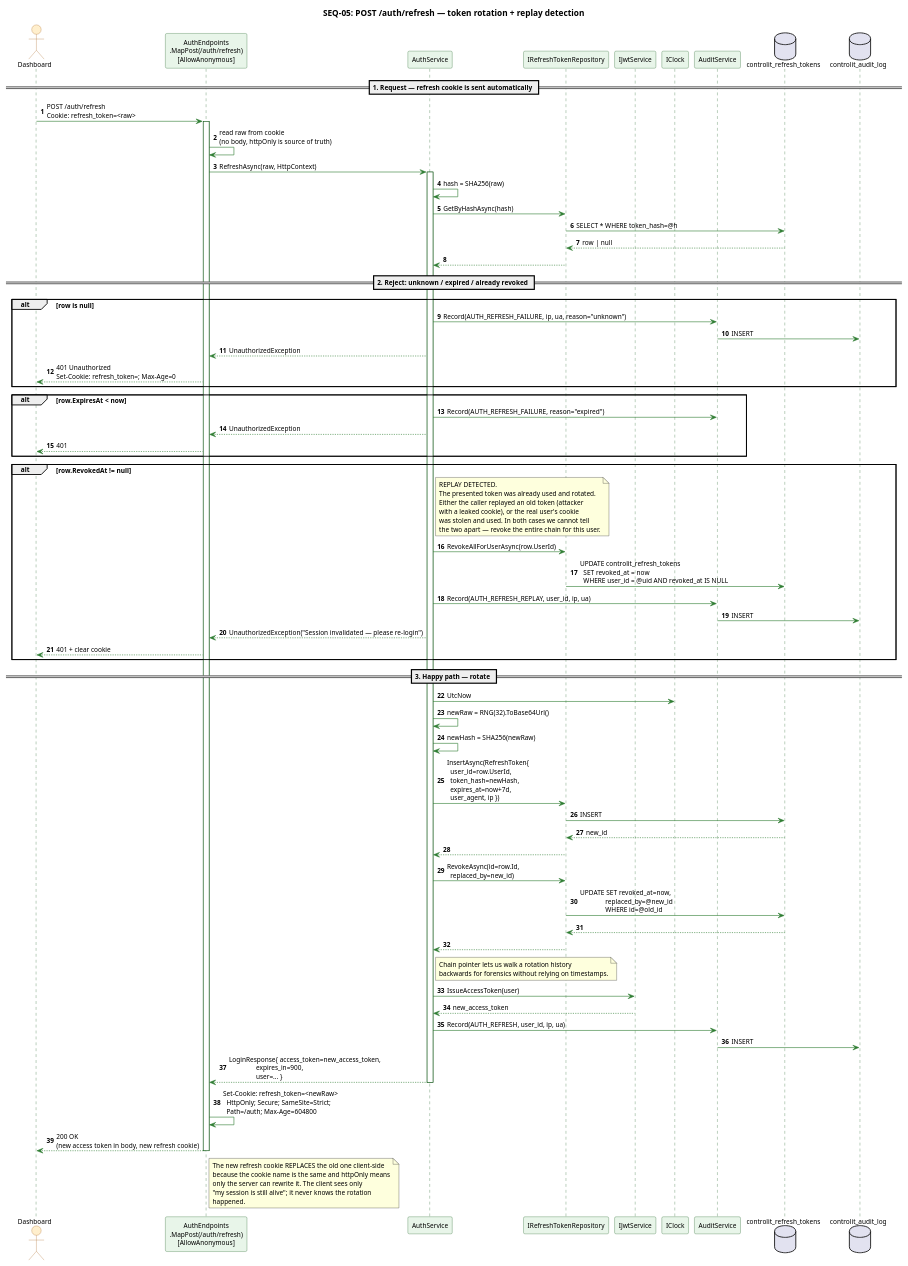
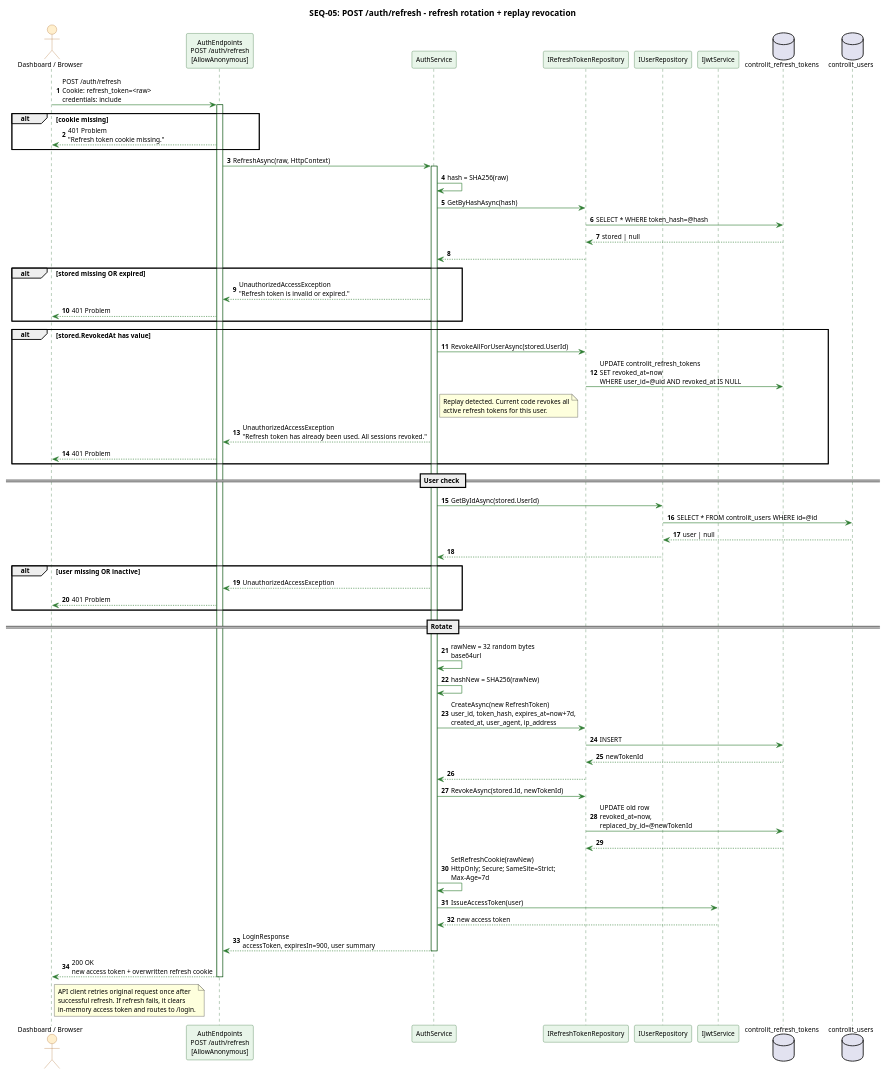
Before and after one commit to mahir-m01/NetLock-RMM-API-Layer: the diagram in diagrams/seq-05-refresh-rotation.puml, drawn with PlantUML. The commit also changed 13 other files, not shown here.

Commit message:
docs: update architecture diagrams for alpha

```diff
--- a/diagrams/seq-05-refresh-rotation.puml
+++ b/diagrams/seq-05-refresh-rotation.puml
@@ -1,127 +1,104 @@
 @startuml seq-05-refresh-rotation
 ' ============================================================
-' SEQ-05: POST /auth/refresh — rotation + replay-chain revocation
-' Scope : Contract 05B §5B.3 refresh flow.
-' Key  : On success, issue NEW refresh, mark OLD.replaced_by = NEW.
-'        On replay (old presented after rotation), revoke the
-'        whole chain for that user as a precaution.
+' SEQ-05: POST /auth/refresh - current alpha rotation flow
 ' ============================================================
 
-title SEQ-05: POST /auth/refresh — token rotation + replay detection
+title SEQ-05: POST /auth/refresh - refresh rotation + replay revocation
 
 autonumber
 
 skinparam shadowing false
 skinparam defaultFontName Arial
 skinparam defaultFontSize 11
-
 skinparam sequence {
   ArrowColor #2E7D32
   LifeLineBorderColor #1B5E20
   ParticipantBackgroundColor #E8F5E9
   ParticipantBorderColor #1B5E20
   ActorBackgroundColor #FFEFCD
   ActorBorderColor #AA6622
   NoteBackgroundColor #FFFDE7
   NoteBorderColor #AA8800
 }
 
-actor "Dashboard" as Dashboard
-participant "AuthEndpoints\n.MapPost(/auth/refresh)\n[AllowAnonymous]" as AE
+actor "Dashboard / Browser" as Dashboard
+participant "AuthEndpoints\nPOST /auth/refresh\n[AllowAnonymous]" as AE
 participant "AuthService" as Auth
 participant "IRefreshTokenRepository" as RT
+participant "IUserRepository" as Users
 participant "IJwtService" as JWT
-participant "IClock" as Clock
-participant "AuditService" as Audit
-database  "controlit_refresh_tokens" as RTDB
-database  "controlit_audit_log" as ADB
+database "controlit_refresh_tokens" as RTDB
+database "controlit_users" as UDB
 
-== 1. Request — refresh cookie is sent automatically ==
-
-Dashboard -> AE: POST /auth/refresh\nCookie: refresh_token=<raw>
+Dashboard -> AE: POST /auth/refresh\nCookie: refresh_token=<raw>\ncredentials: include
 activate AE
 
-AE -> AE: read raw from cookie\n(no body, httpOnly is source of truth)
+alt cookie missing
+  AE --> Dashboard: 401 Problem\n"Refresh token cookie missing."
+end
+
 AE -> Auth: RefreshAsync(raw, HttpContext)
 activate Auth
-
 Auth -> Auth: hash = SHA256(raw)
 Auth -> RT: GetByHashAsync(hash)
-RT -> RTDB: SELECT * WHERE token_hash=@h
-RTDB --> RT: row | null
+RT -> RTDB: SELECT * WHERE token_hash=@hash
+RTDB --> RT: stored | null
 RT --> Auth
 
-== 2. Reject: unknown / expired / already revoked ==
-
-alt row is null
-  Auth -> Audit: Record(AUTH_REFRESH_FAILURE, ip, ua, reason="unknown")
-  Audit -> ADB: INSERT
-  Auth --> AE: UnauthorizedException
-  AE --> Dashboard: 401 Unauthorized\nSet-Cookie: refresh_token=; Max-Age=0
+alt stored missing OR expired
+  Auth --> AE: UnauthorizedAccessException\n"Refresh token is invalid or expired."
+  AE --> Dashboard: 401 Problem
 end
 
-alt row.ExpiresAt < now
-  Auth -> Audit: Record(AUTH_REFRESH_FAILURE, reason="expired")
-  Auth --> AE: UnauthorizedException
-  AE --> Dashboard: 401
+alt stored.RevokedAt has value
+  Auth -> RT: RevokeAllForUserAsync(stored.UserId)
+  RT -> RTDB: UPDATE controlit_refresh_tokens\nSET revoked_at=now\nWHERE user_id=@uid AND revoked_at IS NULL
+  note right of Auth
+    Replay detected. Current code revokes all
+    active refresh tokens for this user.
+  end note
+  Auth --> AE: UnauthorizedAccessException\n"Refresh token has already been used. All sessions revoked."
+  AE --> Dashboard: 401 Problem
 end
 
-alt row.RevokedAt != null
-  note right of Auth
-    REPLAY DETECTED.
-    The presented token was already used and rotated.
-    Either the caller replayed an old token (attacker
-    with a leaked cookie), or the real user's cookie
-    was stolen and used. In both cases we cannot tell
-    the two apart — revoke the entire chain for this user.
-  end note
-  Auth -> RT: RevokeAllForUserAsync(row.UserId)
-  RT -> RTDB: UPDATE controlit_refresh_tokens\n  SET revoked_at = now\n  WHERE user_id = @uid AND revoked_at IS NULL
-  Auth -> Audit: Record(AUTH_REFRESH_REPLAY, user_id, ip, ua)
-  Audit -> ADB: INSERT
-  Auth --> AE: UnauthorizedException("Session invalidated — please re-login")
-  AE --> Dashboard: 401 + clear cookie
+== User check ==
+
+Auth -> Users: GetByIdAsync(stored.UserId)
+Users -> UDB: SELECT * FROM controlit_users WHERE id=@id
+UDB --> Users: user | null
+Users --> Auth
+
+alt user missing OR inactive
+  Auth --> AE: UnauthorizedAccessException
+  AE --> Dashboard: 401 Problem
 end
 
-== 3. Happy path — rotate ==
+== Rotate ==
 
-Auth -> Clock: UtcNow
-Auth -> Auth: newRaw = RNG(32).ToBase64Url()
-Auth -> Auth: newHash = SHA256(newRaw)
-Auth -> RT: InsertAsync(RefreshToken{\n  user_id=row.UserId,\n  token_hash=newHash,\n  expires_at=now+7d,\n  user_agent, ip })
+Auth -> Auth: rawNew = 32 random bytes\nbase64url
+Auth -> Auth: hashNew = SHA256(rawNew)
+Auth -> RT: CreateAsync(new RefreshToken)\nuser_id, token_hash, expires_at=now+7d,\ncreated_at, user_agent, ip_address
 RT -> RTDB: INSERT
-RTDB --> RT: new_id
+RTDB --> RT: newTokenId
 RT --> Auth
 
-Auth -> RT: RevokeAsync(id=row.Id,\n  replaced_by=new_id)
-RT -> RTDB: UPDATE SET revoked_at=now,\n               replaced_by=@new_id\n               WHERE id=@old_id
+Auth -> RT: RevokeAsync(stored.Id, newTokenId)
+RT -> RTDB: UPDATE old row\nrevoked_at=now,\nreplaced_by_id=@newTokenId
 RTDB --> RT
-RT --> Auth
 
-note right of Auth
-  Chain pointer lets us walk a rotation history
-  backwards for forensics without relying on timestamps.
-end note
-
+Auth -> Auth: SetRefreshCookie(rawNew)\nHttpOnly; Secure; SameSite=Strict;\nMax-Age=7d
 Auth -> JWT: IssueAccessToken(user)
-JWT --> Auth: new_access_token
-
-Auth -> Audit: Record(AUTH_REFRESH, user_id, ip, ua)
-Audit -> ADB: INSERT
-
-Auth --> AE: LoginResponse{ access_token=new_access_token,\n                expires_in=900,\n                user=... }
+JWT --> Auth: new access token
+Auth --> AE: LoginResponse\naccessToken, expiresIn=900, user summary
 deactivate Auth
 
-AE -> AE: Set-Cookie: refresh_token=<newRaw>\n  HttpOnly; Secure; SameSite=Strict;\n  Path=/auth; Max-Age=604800
-AE --> Dashboard: 200 OK\n(new access token in body, new refresh cookie)
+AE --> Dashboard: 200 OK\nnew access token + overwritten refresh cookie
 deactivate AE
 
-note right of AE
-  The new refresh cookie REPLACES the old one client-side
-  because the cookie name is the same and httpOnly means
-  only the server can rewrite it. The client sees only
-  "my session is still alive"; it never knows the rotation
-  happened.
+note right of Dashboard
+  API client retries original request once after
+  successful refresh. If refresh fails, it clears
+  in-memory access token and routes to /login.
 end note
 
 @enduml
```
